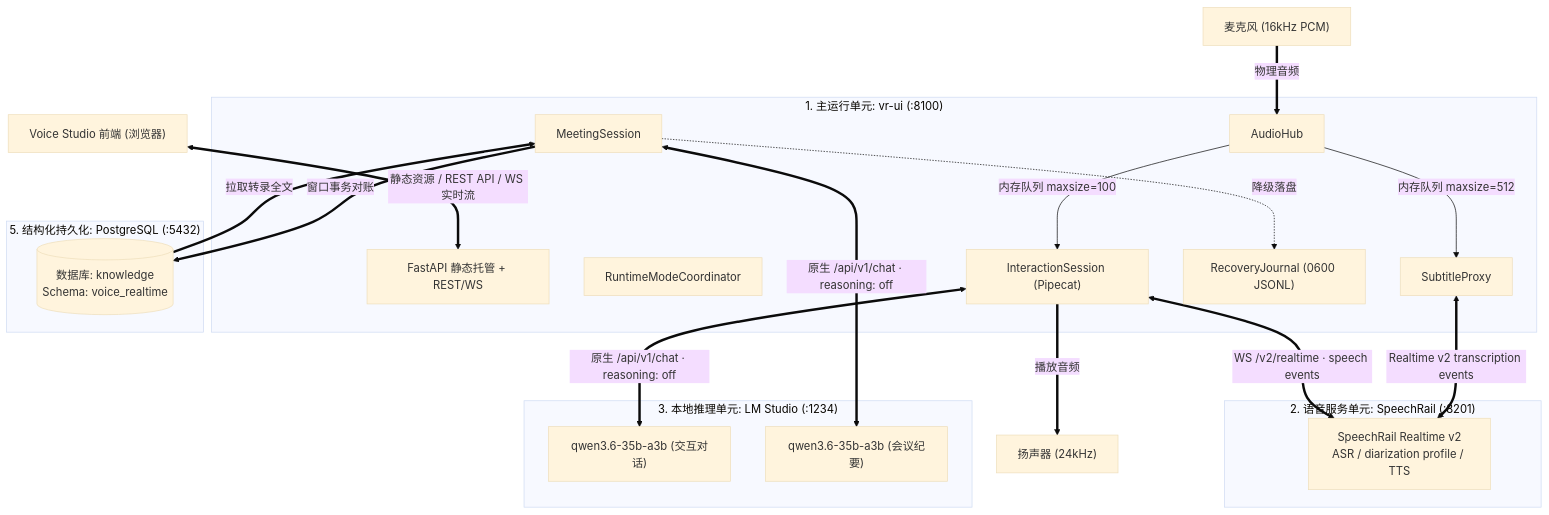
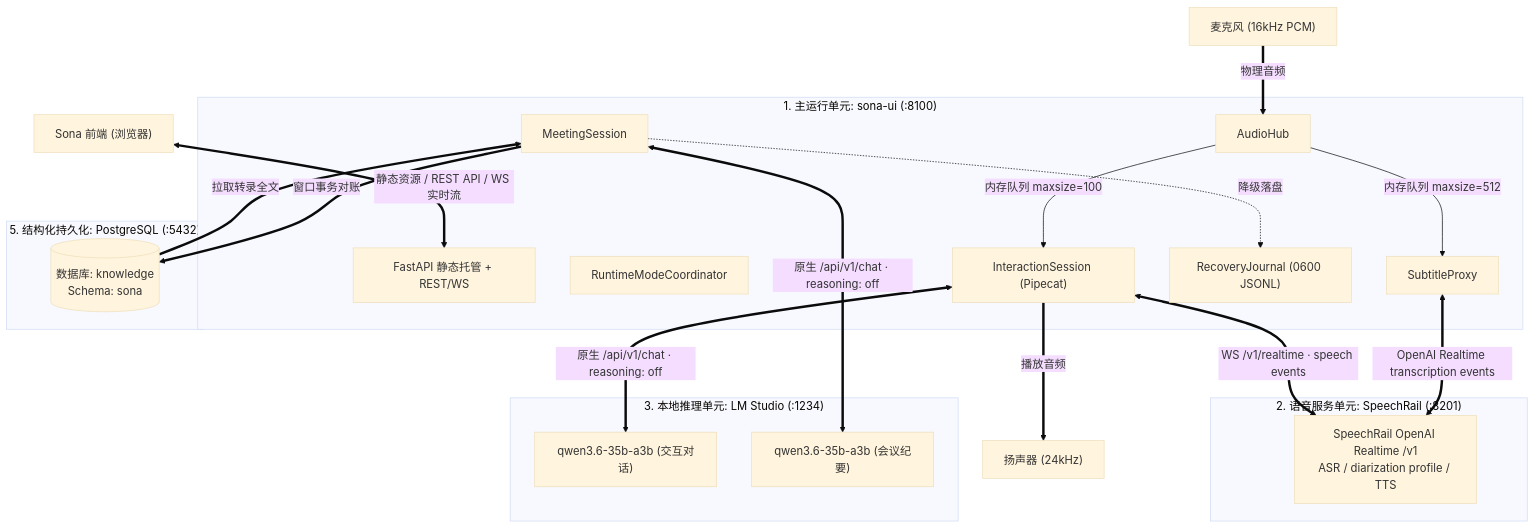
Before and after one commit to hrygo/voice-realtime: the second of 13 diagrams in docs/architecture/系统总体架构与详细设计方案.md, drawn with Mermaid (base theme). The commit also changed other lines of this file and 394 other files, not shown here.

First line of the commit message:
refactor: rename project voice-realtime → sona, migrate SpeechRail to OpenAI /v1/realtime

````diff
--- a/docs/architecture/系统总体架构与详细设计方案.md
+++ b/docs/architecture/系统总体架构与详细设计方案.md
@@ -208,45 +208,45 @@
 ```mermaid
 flowchart TB
-    BROWSER["Voice Studio 前端 (浏览器)"]
+    BROWSER["Sona 前端 (浏览器)"]
     MIC["麦克风 (16kHz PCM)"]
     SPEAKER["扬声器 (24kHz)"]
 
-    subgraph UNIT1["1. 主运行单元: vr-ui (:8100)"]
+    subgraph UNIT1["1. 主运行单元: sona-ui (:8100)"]
         FASTAPI["FastAPI 静态托管 + REST/WS"]
         HUB_NODE["AudioHub"]
         COORD_NODE["RuntimeModeCoordinator"]
         PIPE_NODE["InteractionSession (Pipecat)"]
         PROXY_NODE["SubtitleProxy"]
         MEETING_NODE["MeetingSession"]
         JOURNAL_NODE["RecoveryJournal (0600 JSONL)"]
     end
 
     subgraph UNIT2["2. 语音服务单元: SpeechRail (:8201)"]
-        SPEECHRAIL_NODE["SpeechRail Realtime v2<br/>ASR / diarization profile / TTS"]
+        SPEECHRAIL_NODE["SpeechRail OpenAI Realtime /v1<br/>ASR / diarization profile / TTS"]
     end
 
     subgraph UNIT3["3. 本地推理单元: LM Studio (:1234)"]
         LM_INTERACT["qwen3.6-35b-a3b (交互对话)"]
         LM_SUMMARY["qwen3.6-35b-a3b (会议纪要)"]
     end
 
     subgraph STORAGE["5. 结构化持久化: PostgreSQL (:5432)"]
-        PG_DB[("数据库: knowledge<br/>Schema: voice_realtime")]
+        PG_DB[("数据库: knowledge<br/>Schema: sona")]
     end
 
     MIC ==>|物理音频| HUB_NODE
     HUB_NODE -->|内存队列 maxsize=100| PIPE_NODE
     HUB_NODE -->|内存队列 maxsize=512| PROXY_NODE
 
-    PROXY_NODE <==>|Realtime v2 transcription events| SPEECHRAIL_NODE
+    PROXY_NODE <==>|OpenAI Realtime transcription events| SPEECHRAIL_NODE
     PIPE_NODE <==>|原生 /api/v1/chat · reasoning: off| LM_INTERACT
-    PIPE_NODE <==>|WS /v2/realtime · speech events| SPEECHRAIL_NODE
+    PIPE_NODE <==>|WS /v1/realtime · speech events| SPEECHRAIL_NODE
     PIPE_NODE ==>|播放音频| SPEAKER
 
     MEETING_NODE ==>|窗口事务对账| PG_DB
     MEETING_NODE -.->|降级落盘| JOURNAL_NODE
     PG_DB ==>|拉取转录全文| MEETING_NODE
     MEETING_NODE <==>|原生 /api/v1/chat · reasoning: off| LM_SUMMARY
 
     BROWSER <==>|静态资源 / REST API / WS 实时流| FASTAPI
 ```
````
